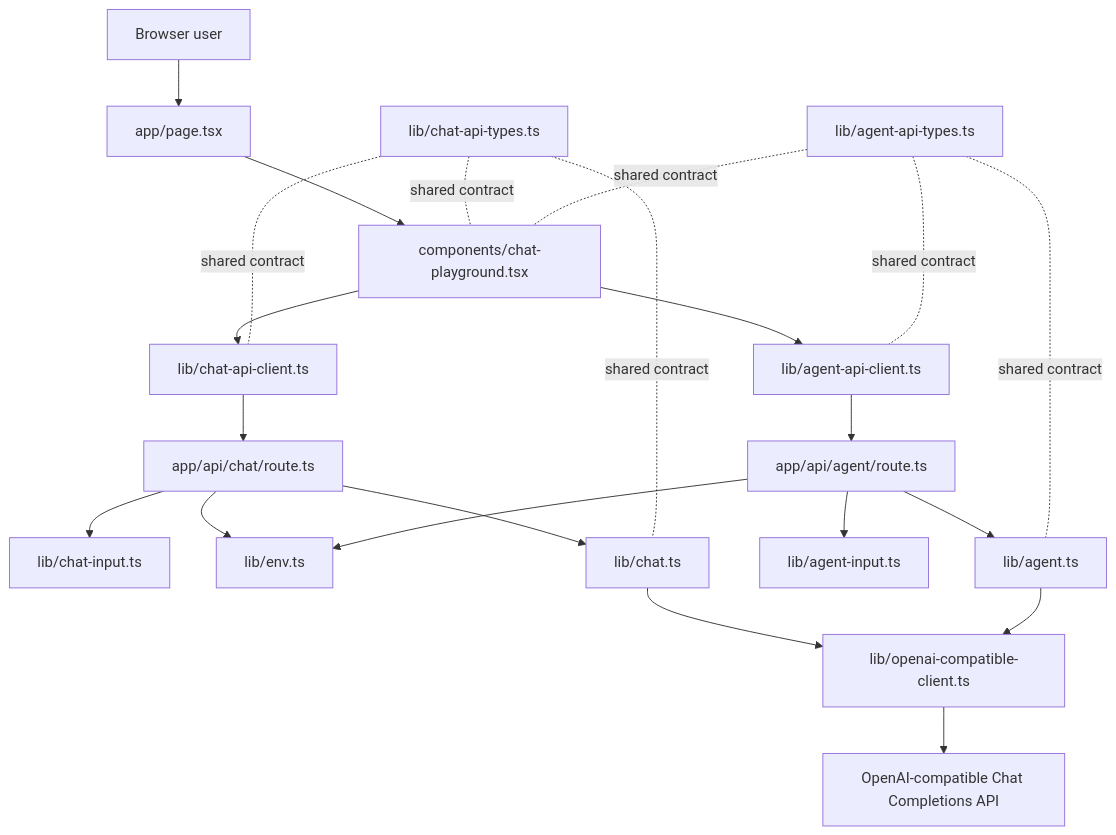
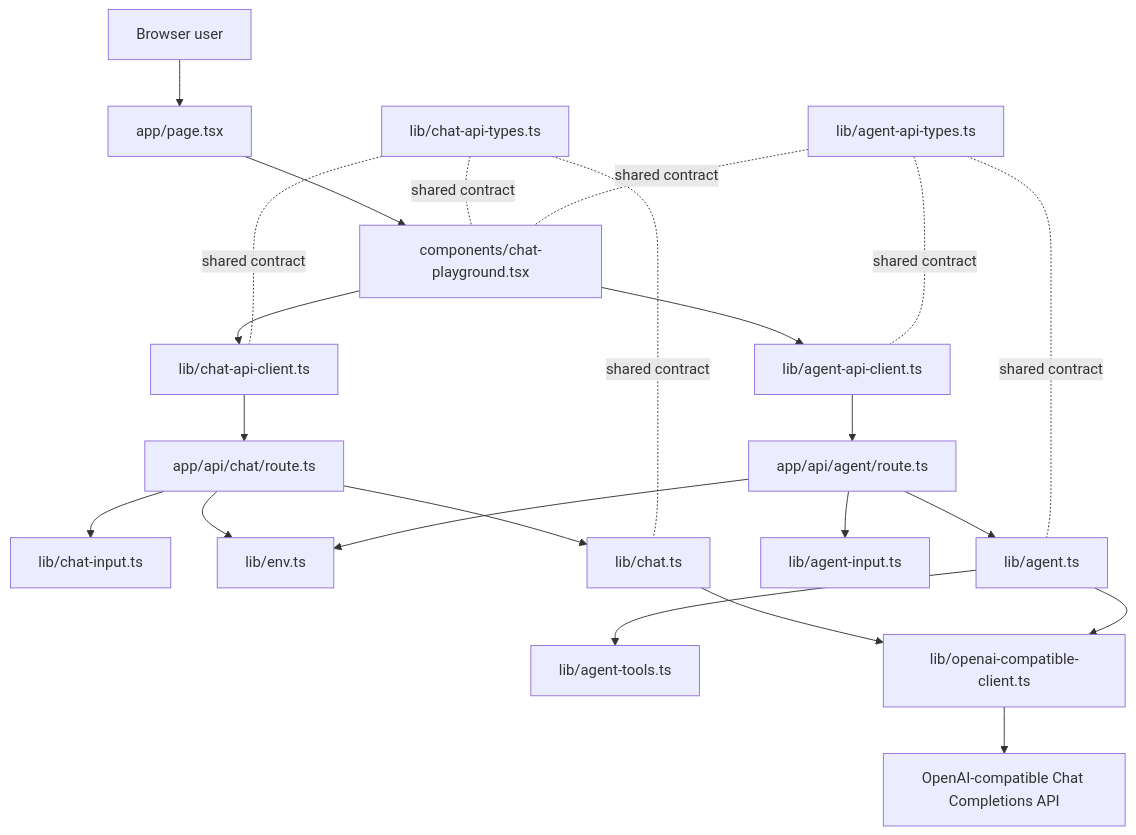
The first of 2 diagrams in docs/architecture.md (Liang-HZ/inspectable-agent-harness), drawn with Mermaid before and after one commit. The commit also changed other lines of this file and 7 other files, not shown here.

````diff
--- a/docs/architecture.md
+++ b/docs/architecture.md
@@ -21,28 +21,29 @@
 ```mermaid
 flowchart TD
   User[Browser user] --> Page[app/page.tsx]
   Page --> Playground[components/chat-playground.tsx]
   Playground --> BrowserClient[lib/chat-api-client.ts]
   Playground --> AgentBrowserClient[lib/agent-api-client.ts]
   BrowserClient --> ChatRoute[app/api/chat/route.ts]
   AgentBrowserClient --> AgentRoute[app/api/agent/route.ts]
 
   ChatRoute --> ChatInput[lib/chat-input.ts]
   ChatRoute --> Env[lib/env.ts]
   ChatRoute --> ChatService[lib/chat.ts]
 
   AgentRoute --> AgentInput[lib/agent-input.ts]
   AgentRoute --> Env
   AgentRoute --> AgentService[lib/agent.ts]
+  AgentService --> AgentTools[lib/agent-tools.ts]
 
   ChatService --> OpenAIClient[lib/openai-compatible-client.ts]
   AgentService --> OpenAIClient
   OpenAIClient --> Provider[OpenAI-compatible Chat Completions API]
 
   SharedTypes[lib/chat-api-types.ts] -. shared contract .- Playground
   SharedTypes -. shared contract .- BrowserClient
   SharedTypes -. shared contract .- ChatService
   AgentTypes[lib/agent-api-types.ts] -. shared contract .- Playground
   AgentTypes -. shared contract .- AgentBrowserClient
   AgentTypes -. shared contract .- AgentService
 ```
````
